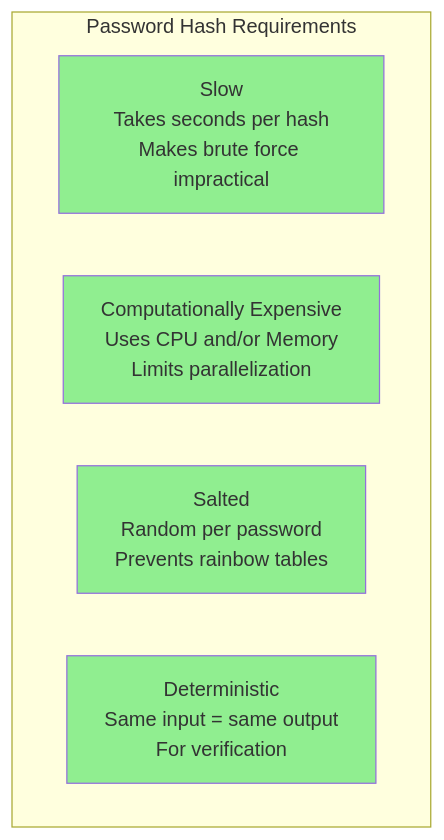
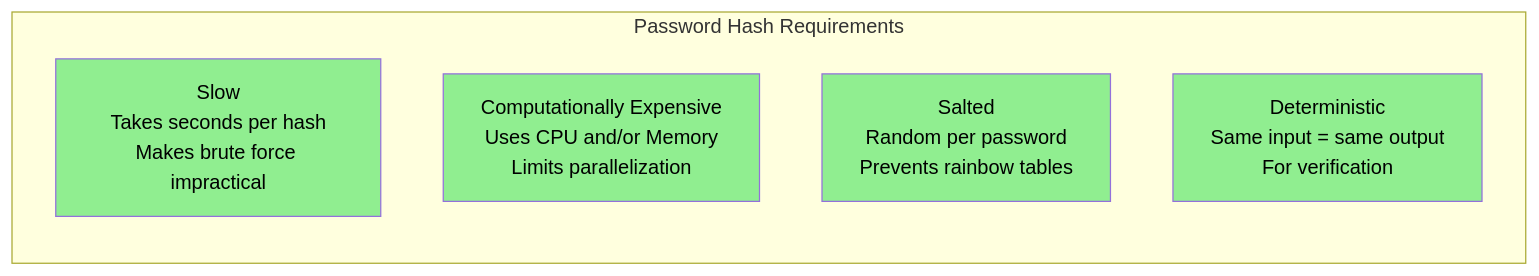
Before and after one commit to ahmed-226/Backend-from-first-principles: the seventh of 15 diagrams in 15.Backend Security/README.md, drawn with Mermaid. The commit also changed other lines of this file and 1 other file, not shown here.

````diff
--- a/15.Backend Security/README.md
+++ b/15.Backend Security/README.md
@@ -580,14 +576,14 @@
 ```mermaid
-graph TB
+graph LR
     subgraph "Password Hash Requirements"
         A["Slow<br/>Takes seconds per hash<br/>Makes brute force impractical"]
         B["Computationally Expensive<br/>Uses CPU and/or Memory<br/>Limits parallelization"]
         C["Salted<br/>Random per password<br/>Prevents rainbow tables"]
         D["Deterministic<br/>Same input = same output<br/>For verification"]
     end
     
-    style A fill:#90EE90
-    style B fill:#90EE90
-    style C fill:#90EE90
-    style D fill:#90EE90
+    style A fill:#90EE90,color:#000
+    style B fill:#90EE90,color:#000
+    style C fill:#90EE90,color:#000
+    style D fill:#90EE90,color:#000
 ```
````
